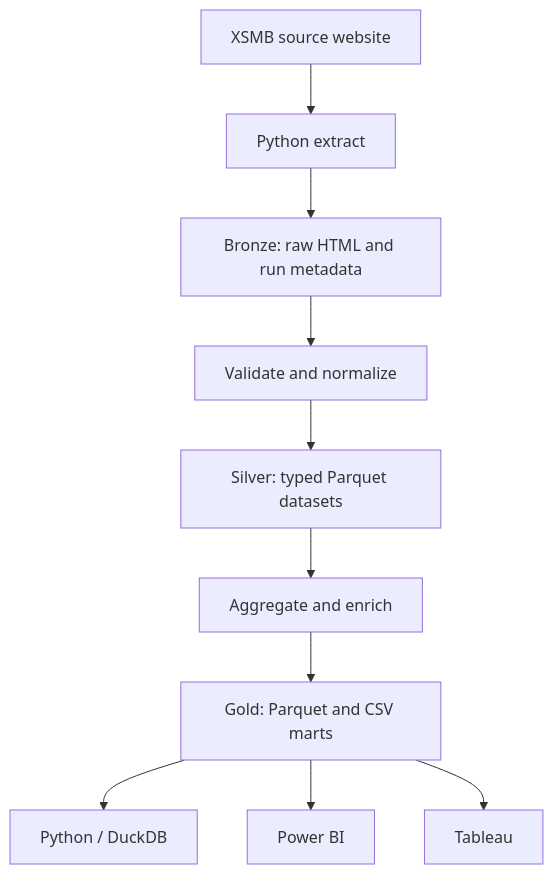
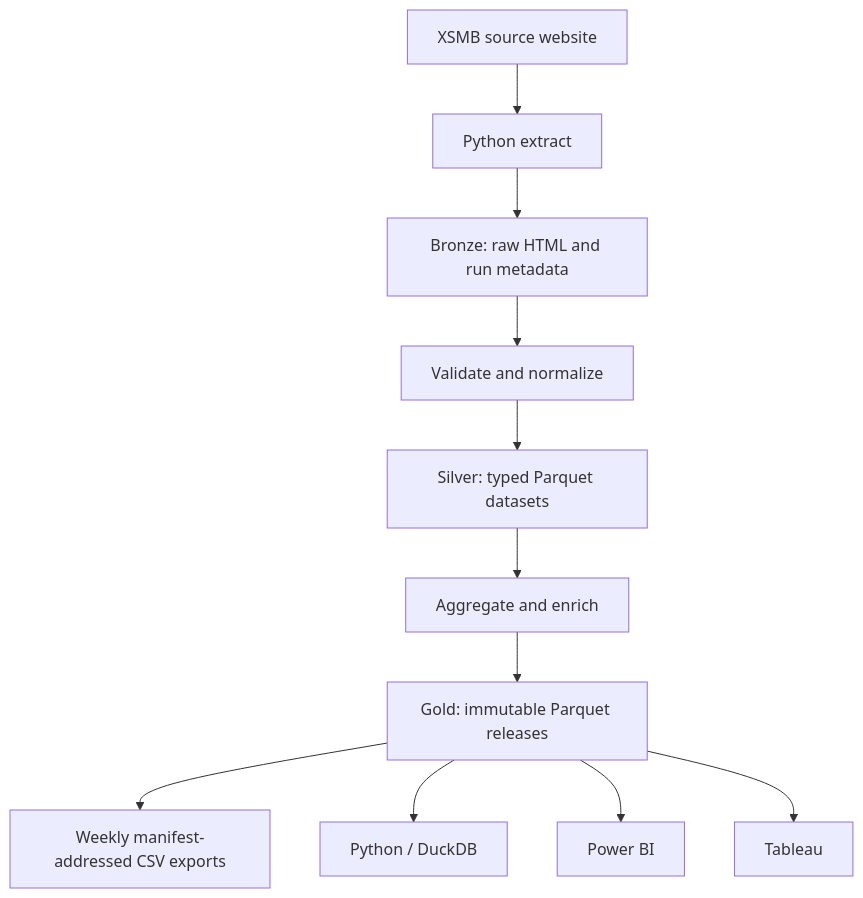
Before and after one commit to anhxuanpham/vietnam-lottery-xsmb-analysis: the diagram in R2_DATA_LAKE_ENHANCEMENT.md, drawn with Mermaid. The commit also changed other lines of this file and 67 other files, not shown here.

````diff
--- a/R2_DATA_LAKE_ENHANCEMENT.md
+++ b/R2_DATA_LAKE_ENHANCEMENT.md
@@ -50,12 +53,13 @@
 ```mermaid
 flowchart TD
     A["XSMB source website"] --> B["Python extract"]
     B --> C["Bronze: raw HTML and run metadata"]
     C --> D["Validate and normalize"]
     D --> E["Silver: typed Parquet datasets"]
     E --> F["Aggregate and enrich"]
-    F --> G["Gold: Parquet and CSV marts"]
+    F --> G["Gold: immutable Parquet releases"]
+    G --> K["Weekly manifest-addressed CSV exports"]
     G --> H["Python / DuckDB"]
     G --> I["Power BI"]
     G --> J["Tableau"]
 ```
````
